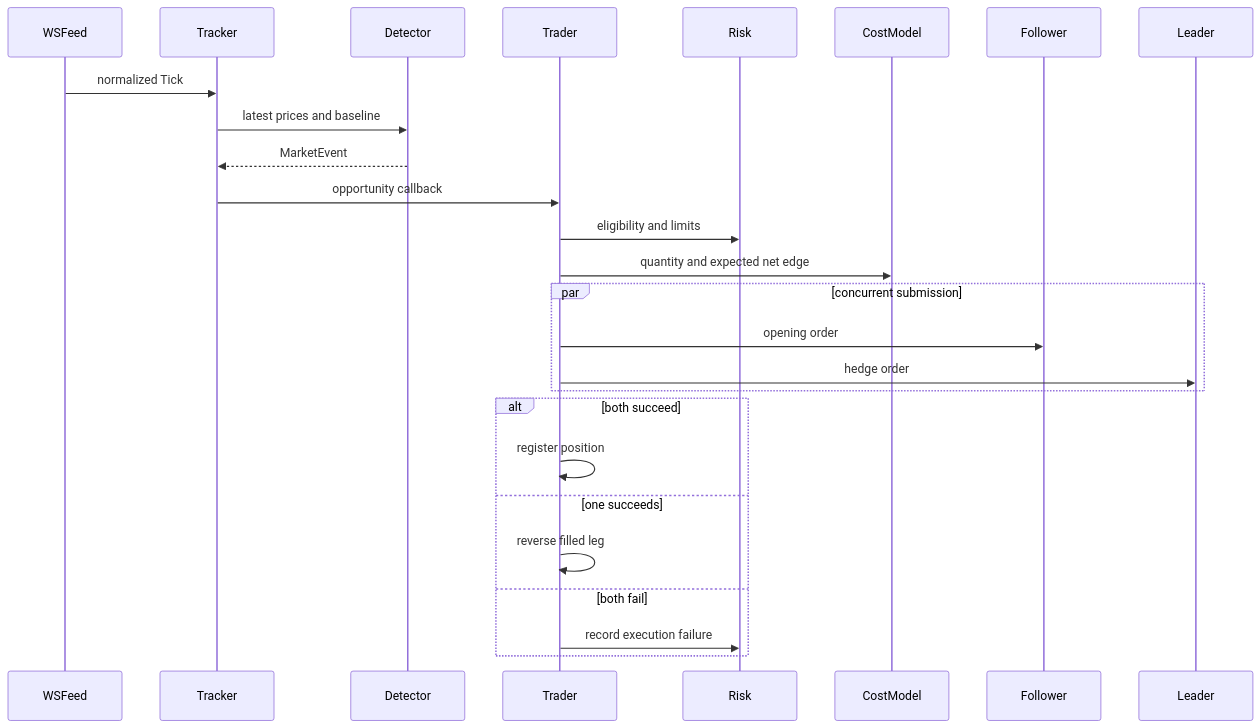
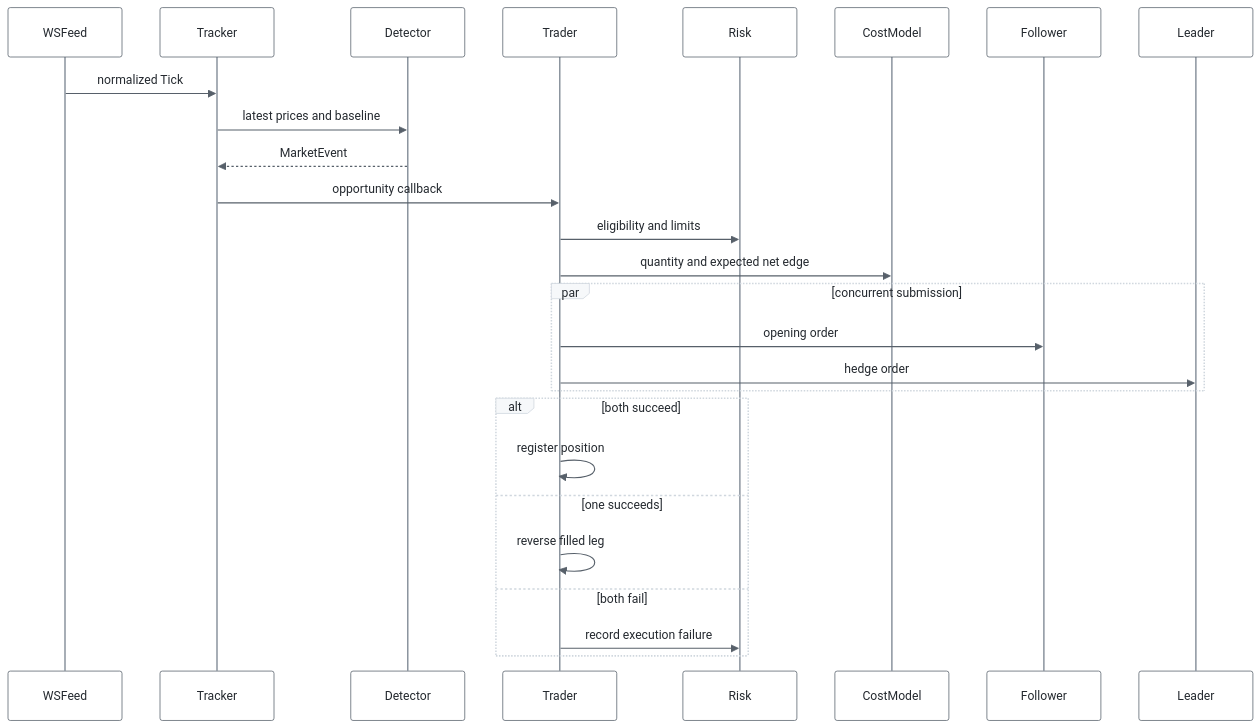
One commit to liurenchang62/cross-exchange-perpetual-swap-spread-arbitrage-system changed the second of 2 diagrams in docs/ARCHITECTURE.md. Above: the diagram before and after it, drawn with Mermaid. The commit also changed other lines of this file, not shown here.

Commit message:
docs: align architecture diagram styling

````diff
--- a/docs/ARCHITECTURE.md
+++ b/docs/ARCHITECTURE.md
@@ -85,29 +92,30 @@
 ```mermaid
+%%{init: {"theme":"base","themeVariables":{"fontFamily":"-apple-system, BlinkMacSystemFont, Segoe UI, sans-serif","actorBkg":"#ffffff","actorBorder":"#57606a","actorTextColor":"#24292f","actorLineColor":"#8c959f","signalColor":"#57606a","signalTextColor":"#24292f","labelBoxBkgColor":"#f6f8fa","labelBoxBorderColor":"#d0d7de","labelTextColor":"#24292f","loopTextColor":"#24292f","activationBkgColor":"#fff8c5","activationBorderColor":"#9a6700","noteBkgColor":"#fff8c5","noteBorderColor":"#9a6700"}}}%%
 sequenceDiagram
     participant Feed as WSFeed
     participant Tracker
     participant Detector
     participant Trader
     participant Risk
     participant Cost as CostModel
     participant Follower
     participant Leader
 
     Feed->>Tracker: normalized Tick
     Tracker->>Detector: latest prices and baseline
     Detector-->>Tracker: MarketEvent
     Tracker->>Trader: opportunity callback
     Trader->>Risk: eligibility and limits
     Trader->>Cost: quantity and expected net edge
     par concurrent submission
         Trader->>Follower: opening order
         Trader->>Leader: hedge order
     end
     alt both succeed
         Trader->>Trader: register position
     else one succeeds
         Trader->>Trader: reverse filled leg
     else both fail
         Trader->>Risk: record execution failure
     end
 ```
````
